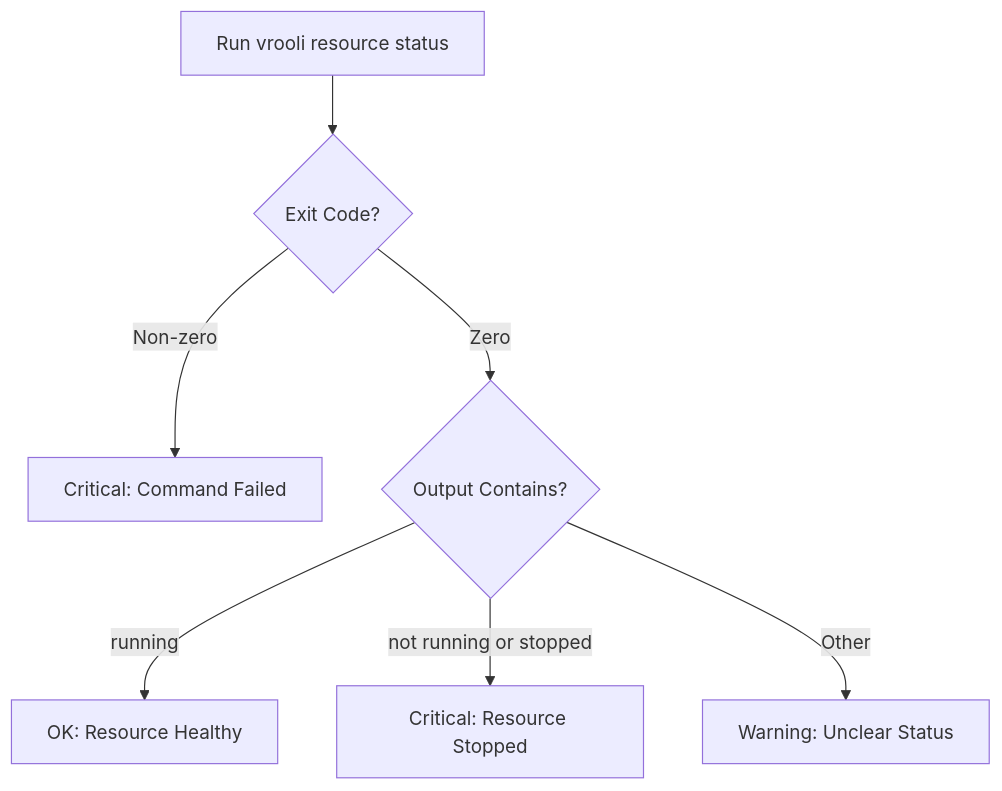
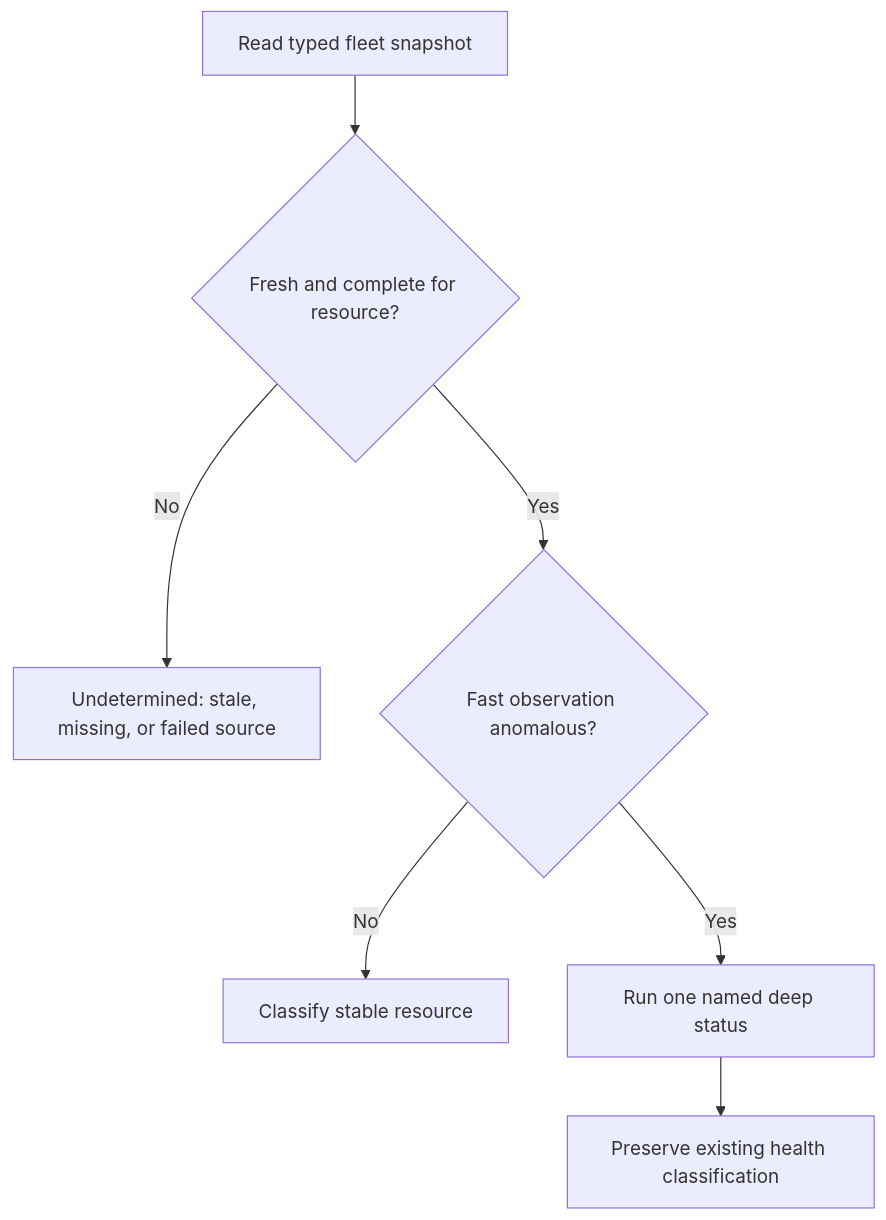
The diagram in scenarios/vrooli-autoheal/docs/reference/checks/resource-check.md (Vrooli/Vrooli), drawn with Mermaid before and after one commit. The commit also changed other lines of this file and 125 other files, not shown here.

````diff
--- a/scenarios/vrooli-autoheal/docs/reference/checks/resource-check.md
+++ b/scenarios/vrooli-autoheal/docs/reference/checks/resource-check.md
@@ -18,9 +21,9 @@
 ```mermaid
 flowchart TD
-    A[Run vrooli resource status] --> B{Exit Code?}
-    B -->|Non-zero| C[Critical: Command Failed]
-    B -->|Zero| D{Output Contains?}
-    D -->|"running"| E[OK: Resource Healthy]
-    D -->|not running or stopped| F[Critical: Resource Stopped]
-    D -->|Other| G[Warning: Unclear Status]
+    A[Read typed fleet snapshot] --> B{Fresh and complete for resource?}
+    B -->|No| C[Undetermined: stale, missing, or failed source]
+    B -->|Yes| D{Fast observation anomalous?}
+    D -->|No| E[Classify stable resource]
+    D -->|Yes| F[Run one named deep status]
+    F --> G[Preserve existing health classification]
 ```
````
